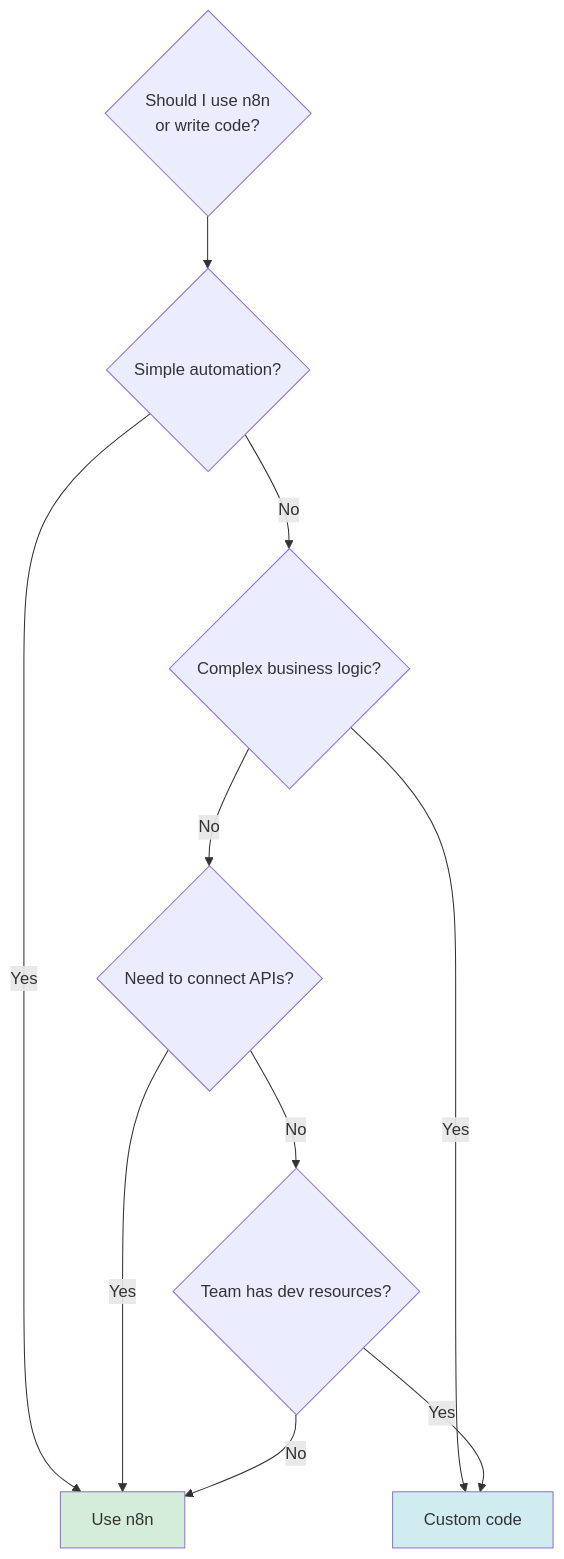
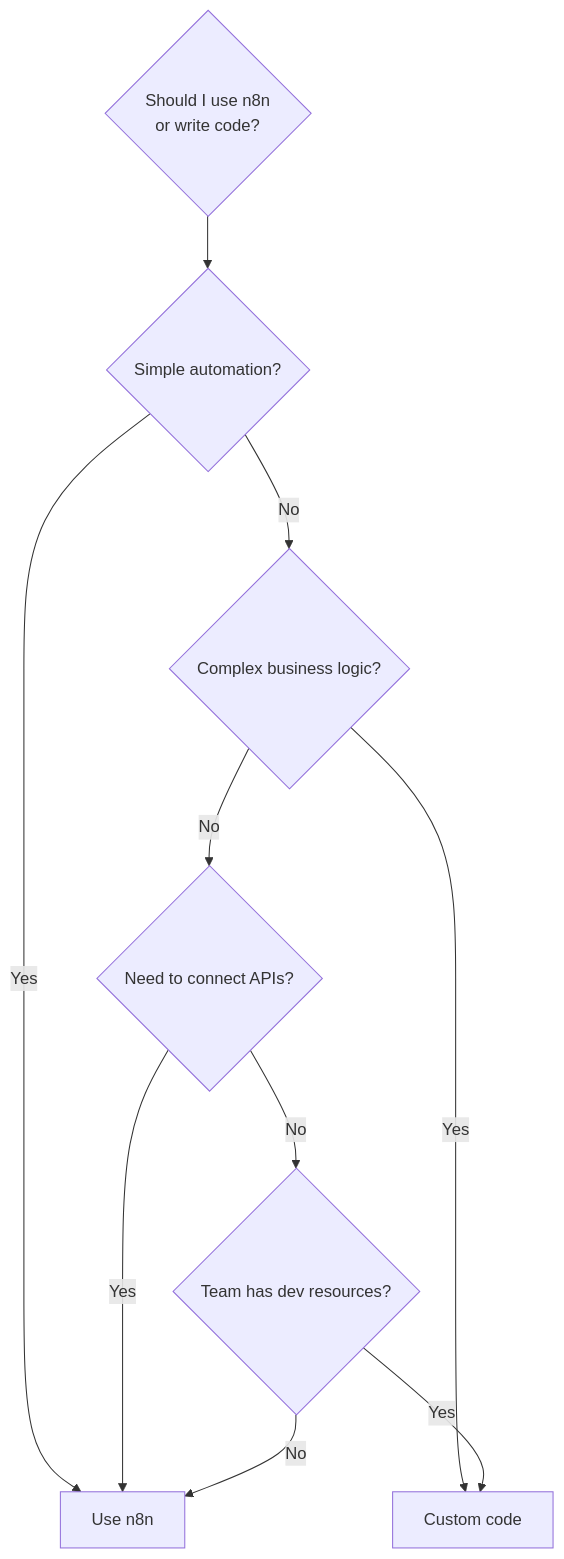
Before and after one commit to wtoloza-dev/ZTH-n8n-Engineer: the fourth of 5 diagrams in lessons/01-foundations/resources/tool-comparison.md, drawn with Mermaid. The commit also changed other lines of this file and 31 other files, not shown here.

````diff
--- a/lessons/01-foundations/resources/tool-comparison.md
+++ b/lessons/01-foundations/resources/tool-comparison.md
@@ -140,15 +136,13 @@
 ```mermaid
 graph TD
     A{Should I use n8n<br/>or write code?} --> B{Simple automation?}
     B -->|Yes| C[Use n8n]
     B -->|No| D{Complex business logic?}
     D -->|Yes| E[Custom code]
     D -->|No| F{Need to connect APIs?}
     F -->|Yes| C
     F -->|No| G{Team has dev resources?}
     G -->|Yes| E
     G -->|No| C
     
-    style C fill:#d4edda
-    style E fill:#d1ecf1
 ```
````
